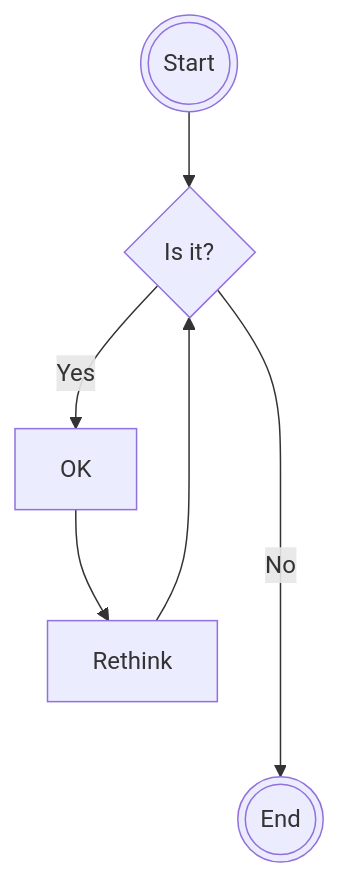
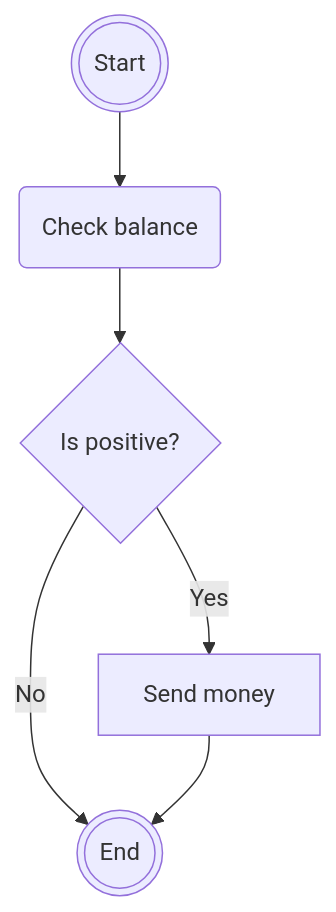
The first of 3 diagrams in README.MD (sIvanovKonstantyn/cie-hld), drawn with Mermaid before and after one commit. The commit also changed 1 other file, not shown here.

Commit message:
Add HLD example

````diff
--- a/README.MD
+++ b/README.MD
@@ -19,8 +19,7 @@
 ```mermaid
 flowchart TD;
-    A(((Start))) --> B{Is it?}
-    B -- Yes --> C[OK]
-    C --> D[Rethink]
-    D --> B
-    B -- No ----> E(((End)))
+    S(((Start))) --> CB(Check balance) --> IP{Is positive?}
+    IP -- No --> E[OK]
+    IP -- Yes --> SM[Send money]
+    SM --> E(((End)))
 ```
````
